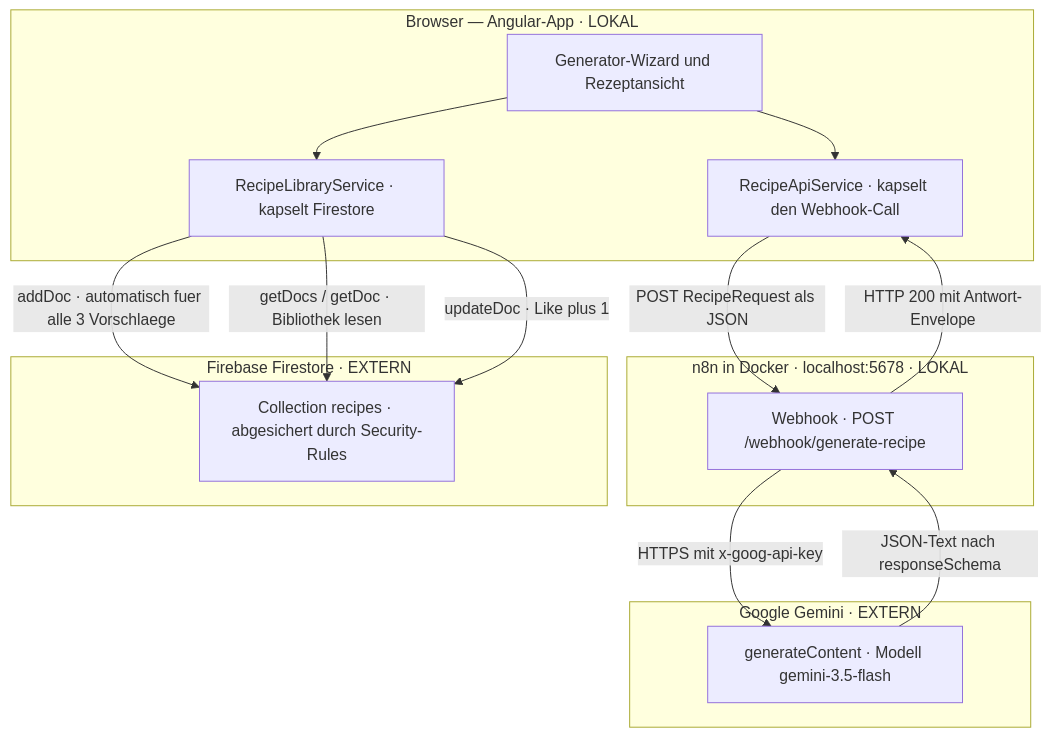
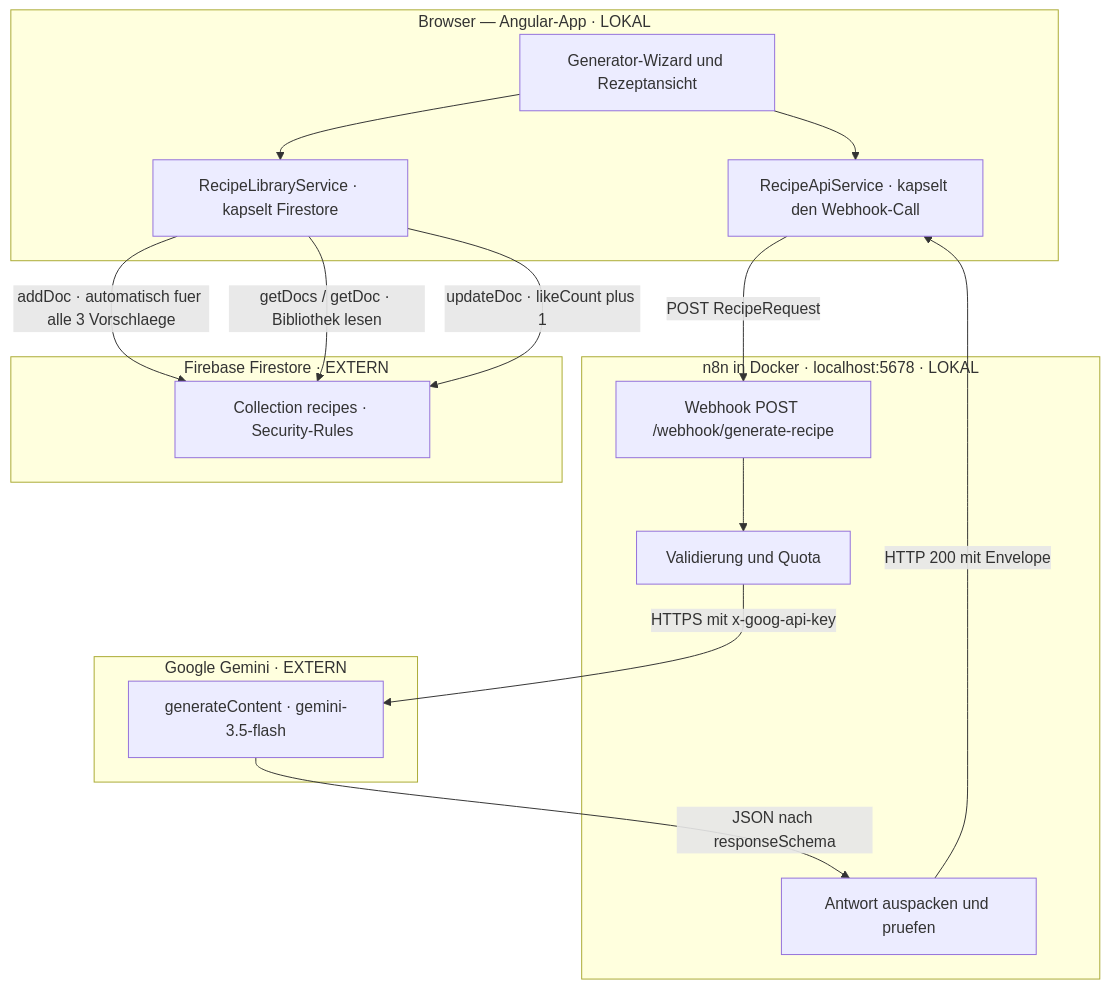
Before and after one commit to ttoebbe/code-a-cuisine: the diagram in docs/architektur.md, drawn with Mermaid. The commit also changed other lines of this file and 20 other files, not shown here.

````diff
--- a/docs/architektur.md
+++ b/docs/architektur.md
@@ -27,32 +7,35 @@
 ```mermaid
 flowchart TB
   subgraph browser["Browser — Angular-App · LOKAL"]
     ui["Generator-Wizard und Rezeptansicht"]
     apiSvc["RecipeApiService · kapselt den Webhook-Call"]
     libSvc["RecipeLibraryService · kapselt Firestore"]
   end
 
   subgraph n8nbox["n8n in Docker · localhost:5678 · LOKAL"]
-    hook["Webhook · POST /webhook/generate-recipe"]
+    hook["Webhook POST /webhook/generate-recipe"]
+    guard["Validierung und Quota"]
+    mapai["Antwort auspacken und pruefen"]
   end
 
   subgraph google["Google Gemini · EXTERN"]
-    gemini["generateContent · Modell gemini-3.5-flash"]
+    gemini["generateContent · gemini-3.5-flash"]
   end
 
   subgraph firebase["Firebase Firestore · EXTERN"]
-    store["Collection recipes · abgesichert durch Security-Rules"]
+    store["Collection recipes · Security-Rules"]
   end
 
   ui --> apiSvc
   ui --> libSvc
 
-  apiSvc -- "POST RecipeRequest als JSON" --> hook
-  hook -- "HTTPS mit x-goog-api-key" --> gemini
-  gemini -- "JSON-Text nach responseSchema" --> hook
-  hook -- "HTTP 200 mit Antwort-Envelope" --> apiSvc
+  apiSvc -- "POST RecipeRequest" --> hook
+  hook --> guard
+  guard -- "HTTPS mit x-goog-api-key" --> gemini
+  gemini -- "JSON nach responseSchema" --> mapai
+  mapai -- "HTTP 200 mit Envelope" --> apiSvc
 
   libSvc -- "addDoc · automatisch fuer alle 3 Vorschlaege" --> store
   libSvc -- "getDocs / getDoc · Bibliothek lesen" --> store
-  libSvc -- "updateDoc · Like plus 1" --> store
+  libSvc -- "updateDoc · likeCount plus 1" --> store
 ```
````
